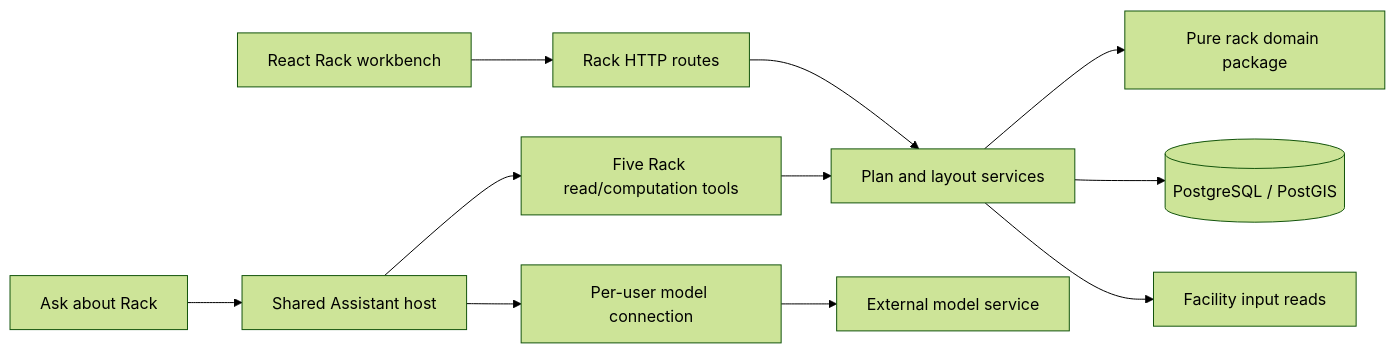
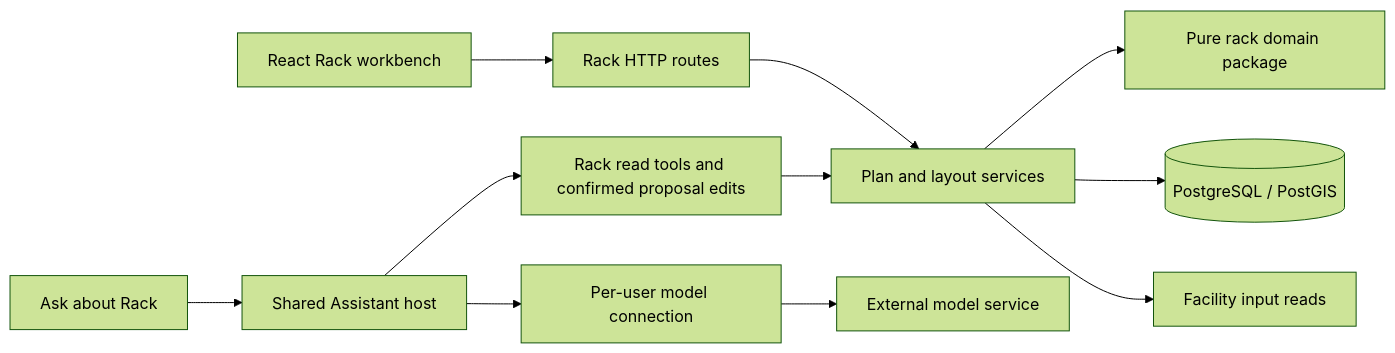
One commit to Honghe-R/AI-INFRA-Rack changed the diagram in doc/tools/rack/Overview.md. Above: the diagram before and after it, drawn with Mermaid (forest theme). The commit also changed other lines of this file and 20 other files, not shown here.

````diff
--- a/doc/tools/rack/Overview.md
+++ b/doc/tools/rack/Overview.md
@@ -59,13 +59,13 @@
 ```mermaid
 flowchart LR
   UI[React Rack workbench] --> HTTP[Rack HTTP routes]
   Chat[Ask about Rack] --> Host[Shared Assistant host]
-  Host --> Tools[Five Rack read/computation tools]
+  Host --> Tools[Rack read tools and confirmed proposal edits]
   HTTP --> Services[Plan and layout services]
   Tools --> Services
   Services --> Domain[Pure rack domain package]
   Services --> DB[(PostgreSQL / PostGIS)]
   Services --> Facility[Facility input reads]
   Host --> Connection[Per-user model connection]
   Connection --> Model[External model service]
 ```
````
